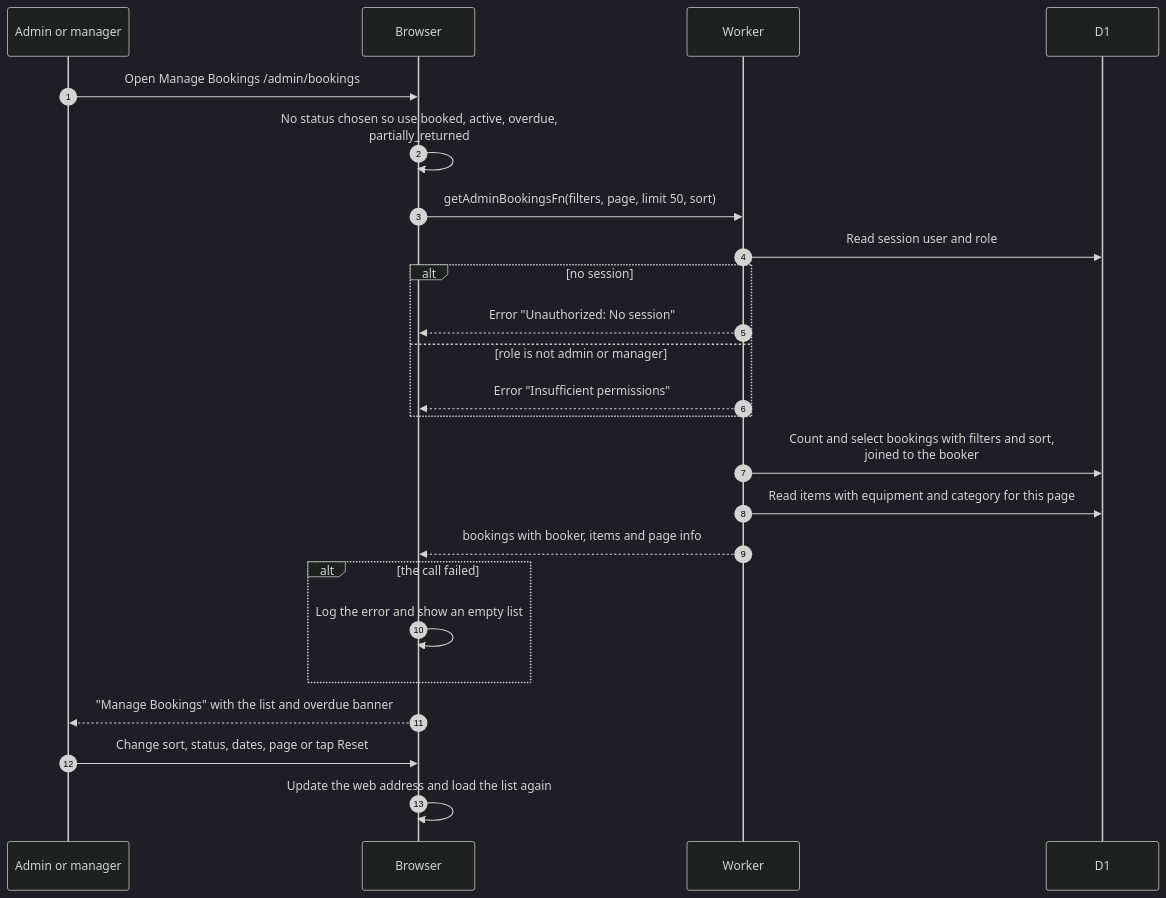
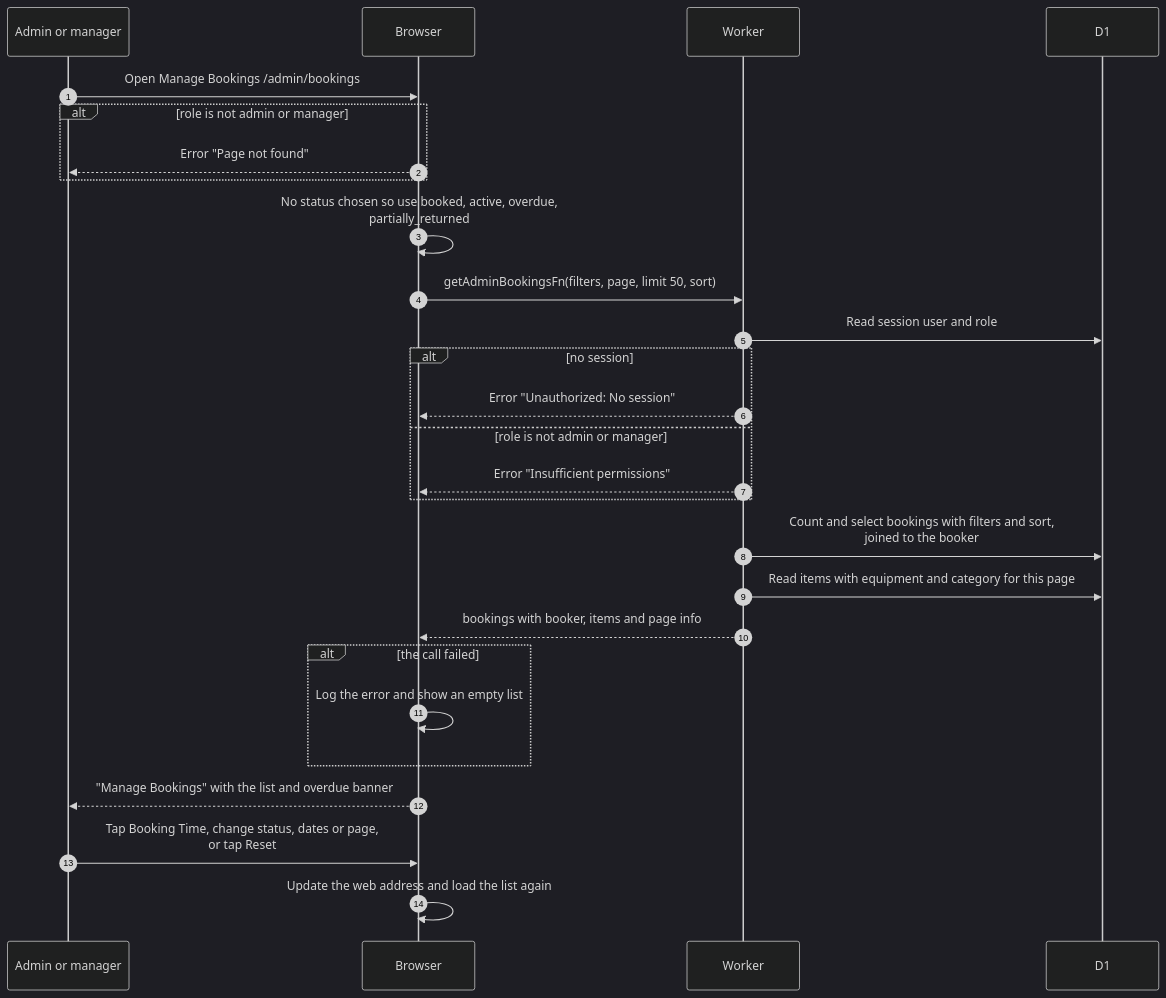
Before and after one commit to sagyzdop/meriksirat: the diagram in docs/scenarios/bookings/admin-bookings-list.md, drawn with Mermaid (dark theme). The commit also changed other lines of this file and 17 other files, not shown here.

Commit message:
docs(scenarios): verify bookings diagrams against the code

````diff
--- a/docs/scenarios/bookings/admin-bookings-list.md
+++ b/docs/scenarios/bookings/admin-bookings-list.md
@@ -25,26 +29,29 @@
 ```mermaid
 sequenceDiagram
     autonumber
     participant A as Admin or manager
     participant B as Browser
     participant W as Worker
     participant D as D1
     A->>B: Open Manage Bookings /admin/bookings
+    alt role is not admin or manager
+        B-->>A: Error "Page not found"
+    end
     B->>B: No status chosen so use booked, active, overdue,<br/>partially_returned
     B->>W: getAdminBookingsFn(filters, page, limit 50, sort)
     W->>D: Read session user and role
     alt no session
         W-->>B: Error "Unauthorized: No session"
     else role is not admin or manager
         W-->>B: Error "Insufficient permissions"
     end
     W->>D: Count and select bookings with filters and sort,<br/>joined to the booker
     W->>D: Read items with equipment and category for this page
     W-->>B: bookings with booker, items and page info
     alt the call failed
         B->>B: Log the error and show an empty list
     end
     B-->>A: "Manage Bookings" with the list and overdue banner
-    A->>B: Change sort, status, dates, page or tap Reset
+    A->>B: Tap Booking Time, change status, dates or page,<br/>or tap Reset
     B->>B: Update the web address and load the list again
 ```
````
